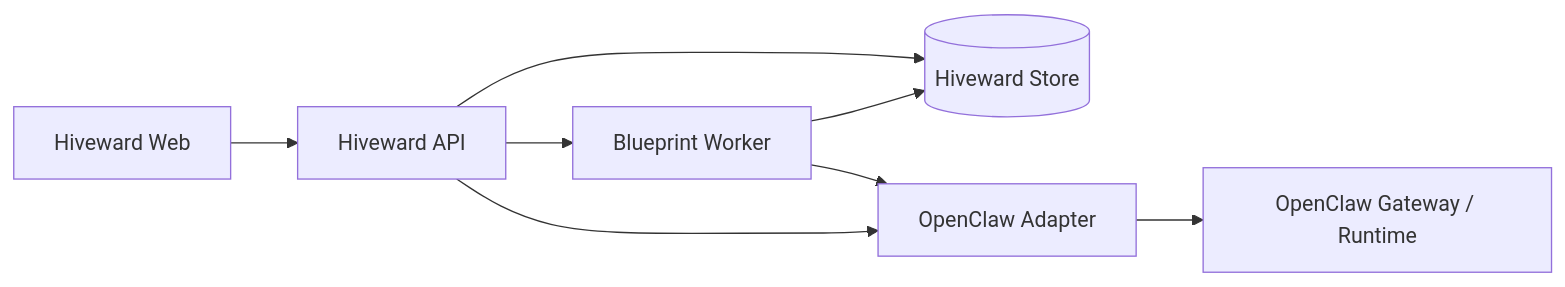
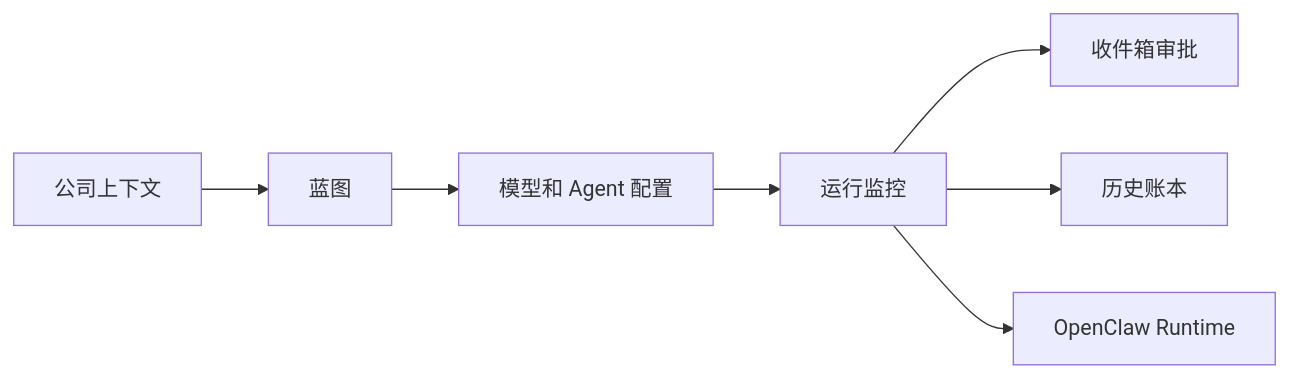
One commit to aaa2828338/HiveWard changed the diagram in README.md. Above: the diagram before and after it, drawn with Mermaid. The commit also changed other lines of this file and 1 other file, not shown here.

````diff
--- a/README.md
+++ b/README.md
@@ -169,17 +66,17 @@
 ```mermaid
 graph LR
-  Web[Hiveward Web]
-  API[Hiveward API]
-  Store[(Hiveward Store)]
-  Worker[Blueprint Worker]
-  Adapter[OpenClaw Adapter]
-  Runtime[OpenClaw Gateway / Runtime]
+  Company[公司上下文]
+  Blueprint[蓝图]
+  Models[模型和 Agent 配置]
+  Run[运行监控]
+  Inbox[收件箱审批]
+  History[历史账本]
+  Runtime[OpenClaw Runtime]
 
-  Web --> API
-  API --> Store
-  API --> Worker
-  Worker --> Store
-  Worker --> Adapter
-  API --> Adapter
-  Adapter --> Runtime
+  Company --> Blueprint
+  Blueprint --> Models
+  Models --> Run
+  Run --> Inbox
+  Run --> History
+  Run --> Runtime
 ```
````
